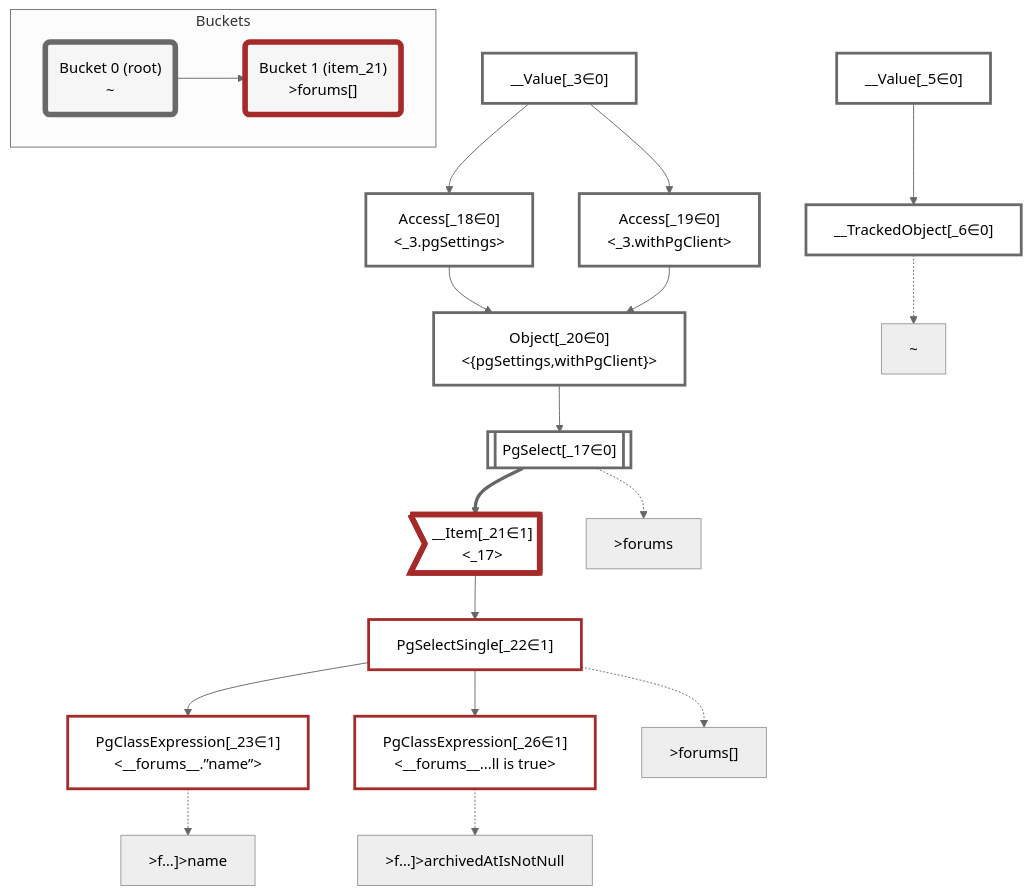
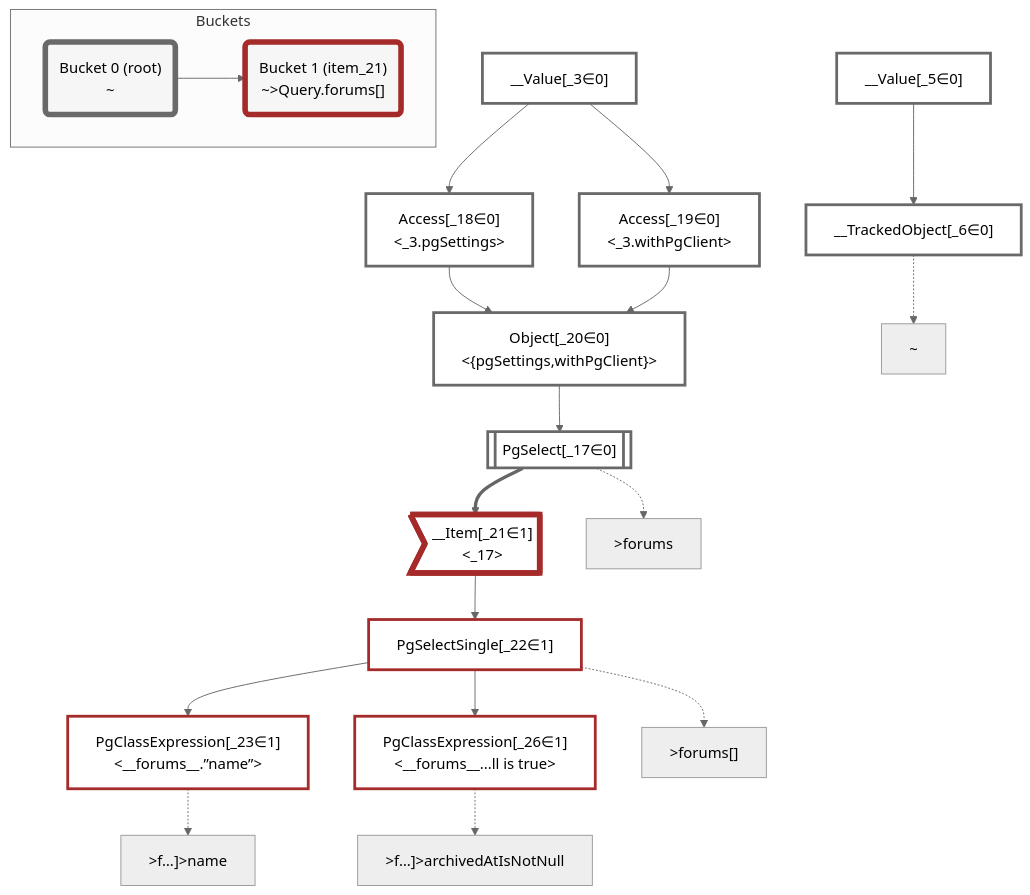
Before and after one commit to graphile/crystal: the diagram in packages/dataplan-pg/__tests__/queries/super-simple/expression-plan.mermaid.md, drawn with Mermaid (neutral theme). The commit also changed 141 other files, not shown here.

````diff
--- a/packages/dataplan-pg/__tests__/queries/super-simple/expression-plan.mermaid.md
+++ b/packages/dataplan-pg/__tests__/queries/super-simple/expression-plan.mermaid.md
@@ -1,60 +1,60 @@
 ```mermaid
 graph TD
     classDef path fill:#eee,stroke:#000,color:#000
     classDef plan fill:#fff,stroke-width:3px,color:#000
     classDef itemplan fill:#fff,stroke-width:6px,color:#000
     classDef sideeffectplan fill:#f00,stroke-width:6px,color:#000
     classDef bucket fill:#f6f6f6,color:#000,stroke-width:6px
 
 
     %% define plans
     __Value_3["__Value[_3∈0]<br /><context>"]:::plan
     __Value_5["__Value[_5∈0]<br /><rootValue>"]:::plan
     __TrackedObject_6["__TrackedObject[_6∈0]"]:::plan
     PgSelect_17[["PgSelect[_17∈0]<br /><forums>"]]:::plan
     Access_18["Access[_18∈0]<br /><_3.pgSettings>"]:::plan
     Access_19["Access[_19∈0]<br /><_3.withPgClient>"]:::plan
     Object_20["Object[_20∈0]<br /><{pgSettings,withPgClient}>"]:::plan
     __Item_21>"__Item[_21∈1]<br /><_17>"]:::itemplan
     PgSelectSingle_22["PgSelectSingle[_22∈1]<br /><forums>"]:::plan
     PgClassExpression_23["PgClassExpression[_23∈1]<br /><__forums__.”name”>"]:::plan
     PgClassExpression_26["PgClassExpression[_26∈1]<br /><__forums__...ll is true>"]:::plan
 
     %% plan dependencies
     __Value_5 --> __TrackedObject_6
     Object_20 --> PgSelect_17
     __Value_3 --> Access_18
     __Value_3 --> Access_19
     Access_18 --> Object_20
     Access_19 --> Object_20
     PgSelect_17 ==> __Item_21
     __Item_21 --> PgSelectSingle_22
     PgSelectSingle_22 --> PgClassExpression_23
     PgSelectSingle_22 --> PgClassExpression_26
 
     %% plan-to-path relationships
     P1["~"]
     __TrackedObject_6 -.-> P1
     P2[">forums"]
     PgSelect_17 -.-> P2
     P3[">forums[]"]
     PgSelectSingle_22 -.-> P3
     P4[">f…]>name"]
     PgClassExpression_23 -.-> P4
     P5[">f…]>archivedAtIsNotNull"]
     PgClassExpression_26 -.-> P5
 
     %% allocate buckets
     classDef bucket0 stroke:#696969
     class __Value_3,__Value_5,__TrackedObject_6,PgSelect_17,Access_18,Access_19,Object_20 bucket0
     classDef bucket1 stroke:#a52a2a
     class __Item_21,PgSelectSingle_22,PgClassExpression_23,PgClassExpression_26 bucket1
 
     subgraph Buckets
     Bucket0("Bucket 0 (root)<br />~"):::bucket
     style Bucket0 stroke:#696969
-    Bucket1("Bucket 1 (item_21)<br />>forums[]"):::bucket
+    Bucket1("Bucket 1 (item_21)<br />~>Query.forums[]"):::bucket
     style Bucket1 stroke:#a52a2a
     Bucket0 --> Bucket1
     end
 ```
````
